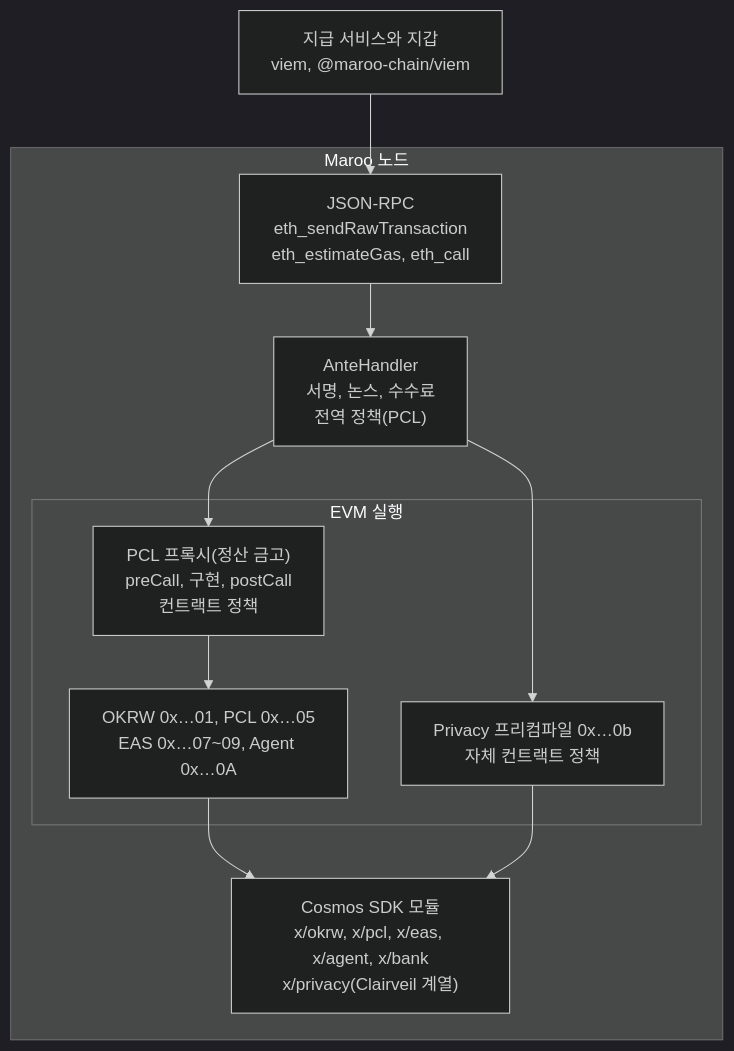
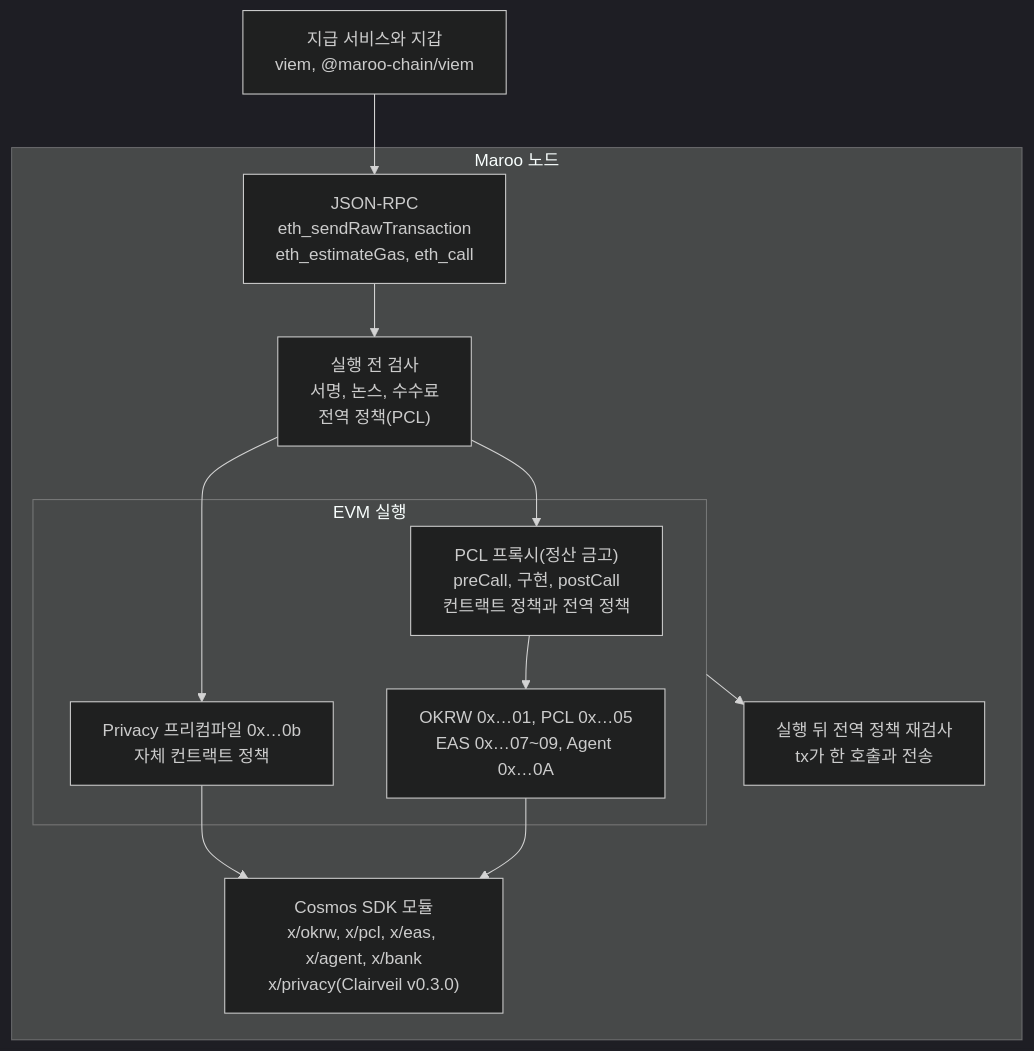
Before and after one commit to kyle-park-io/maroo-integration-lab: the second of 4 diagrams in track-a-explain/integration-guide.md, drawn with Mermaid (dark theme). The commit also changed other lines of this file, not shown here.

Commit message:
docs(track-a): redraw call layers from the 2026-10-23 PCL docs

````diff
--- a/track-a-explain/integration-guide.md
+++ b/track-a-explain/integration-guide.md
@@ -121,20 +123,22 @@
 ```mermaid
 flowchart TB
   CL["지급 서비스와 지갑<br/>viem, @maroo-chain/viem"]
   subgraph NODE["Maroo 노드"]
     RPC["JSON-RPC<br/>eth_sendRawTransaction<br/>eth_estimateGas, eth_call"]
-    ANTE["AnteHandler<br/>서명, 논스, 수수료<br/>전역 정책(PCL)"]
+    ANTE["실행 전 검사<br/>서명, 논스, 수수료<br/>전역 정책(PCL)"]
     subgraph EXEC["EVM 실행"]
-      PX["PCL 프록시(정산 금고)<br/>preCall, 구현, postCall<br/>컨트랙트 정책"]
+      PX["PCL 프록시(정산 금고)<br/>preCall, 구현, postCall<br/>컨트랙트 정책과 전역 정책"]
       PV["Privacy 프리컴파일 0x…0b<br/>자체 컨트랙트 정책"]
       PRE["OKRW 0x…01, PCL 0x…05<br/>EAS 0x…07~09, Agent 0x…0A"]
     end
-    MOD["Cosmos SDK 모듈<br/>x/okrw, x/pcl, x/eas, x/agent, x/bank<br/>x/privacy(Clairveil 계열)"]
+    POST["실행 뒤 전역 정책 재검사<br/>tx가 한 호출과 전송"]
+    MOD["Cosmos SDK 모듈<br/>x/okrw, x/pcl, x/eas, x/agent, x/bank<br/>x/privacy(Clairveil v0.3.0)"]
   end
   CL --> RPC --> ANTE
   ANTE --> PX
   ANTE --> PV
   PX --> PRE
   PRE --> MOD
   PV --> MOD
+  EXEC --> POST
 ```
````
